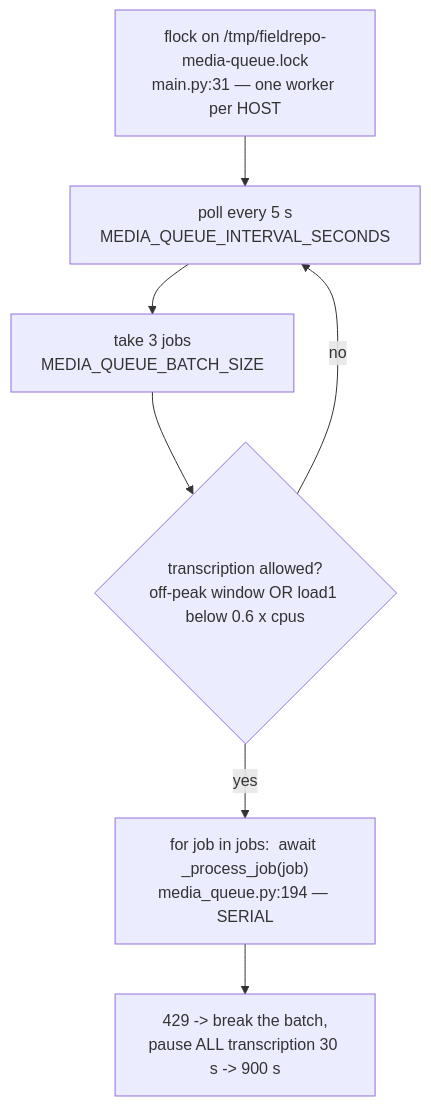
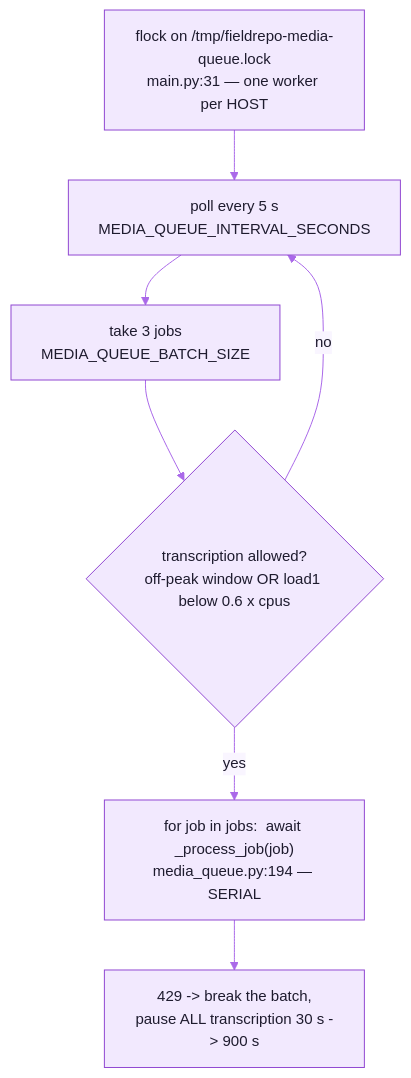
Before and after one commit to cxacraftecosystem-ui/documentation-portal: the fourth of 5 diagrams in docs/SCALABILITY.md, drawn with Mermaid. The commit also changed other lines of this file and 106 other files, not shown here.

First line of the commit message:
README showcase: the front page rebuilt on the README kit (copied from designer-portal) with Field Repository content, the readme-check workflow, every docs diagram themed, and the docs brought to 0.0.10

````diff
--- a/docs/SCALABILITY.md
+++ b/docs/SCALABILITY.md
@@ -762,14 +772,15 @@
 ```mermaid
+%%{init: {"theme":"base","themeVariables":{"fontFamily":"Inter, ui-sans-serif, system-ui, -apple-system, Segoe UI, Roboto, Helvetica, Arial, sans-serif","fontSize":"15px","primaryColor":"#F2E9FE","primaryTextColor":"#1E1B2E","primaryBorderColor":"#9148D2","secondaryColor":"#FAEECD","secondaryTextColor":"#1E1B2E","secondaryBorderColor":"#CD9200","tertiaryColor":"#F3F1FA","tertiaryTextColor":"#1E1B2E","tertiaryBorderColor":"#A7A3BC","mainBkg":"#F2E9FE","nodeBorder":"#9148D2","nodeTextColor":"#1E1B2E","lineColor":"#AA69E9","textColor":"#857F9E","edgeLabelBackground":"#F9F5FF","clusterBkg":"#F9F5FF","clusterBorder":"#D6B6FB","titleColor":"#762CB1","noteBkgColor":"#FAEECD","noteTextColor":"#1E1B2E","noteBorderColor":"#CD9200","actorBkg":"#F2E9FE","actorBorder":"#9148D2","actorTextColor":"#1E1B2E","actorLineColor":"#AA69E9","signalColor":"#AA69E9","signalTextColor":"#857F9E","labelBoxBkgColor":"#F2E9FE","labelBoxBorderColor":"#9148D2","labelTextColor":"#1E1B2E","loopTextColor":"#857F9E","activationBkgColor":"#E7D5FE","activationBorderColor":"#9148D2","sequenceNumberColor":"#FFFFFF","transitionColor":"#AA69E9","transitionLabelColor":"#857F9E","stateLabelColor":"#1E1B2E","stateBkg":"#F2E9FE","compositeBackground":"#F9F5FF","compositeTitleBackground":"#F2E9FE","attributeBackgroundColorOdd":"#FFFFFF","attributeBackgroundColorEven":"#F9F5FF","relationColor":"#AA69E9","relationLabelBackground":"#F9F5FF","relationLabelColor":"#1E1B2E"}}}%%
 flowchart TB
   election["flock on /tmp/fieldrepo-media-queue.lock<br/>main.py:31 — one worker per HOST"]
   poll["poll every 5 s<br/>MEDIA_QUEUE_INTERVAL_SECONDS"]
   batch["take 3 jobs<br/>MEDIA_QUEUE_BATCH_SIZE"]
   loop["for job in jobs:  await _process_job(job)<br/>media_queue.py:194 — SERIAL"]
   gate{"transcription allowed?<br/>off-peak window OR load1 below 0.6 x cpus"}
   rl["429 -> break the batch,<br/>pause ALL transcription 30 s -> 900 s"]
 
   election --> poll --> batch --> gate
   gate -->|yes| loop
   gate -->|no| poll
   loop --> rl
 ```
````
